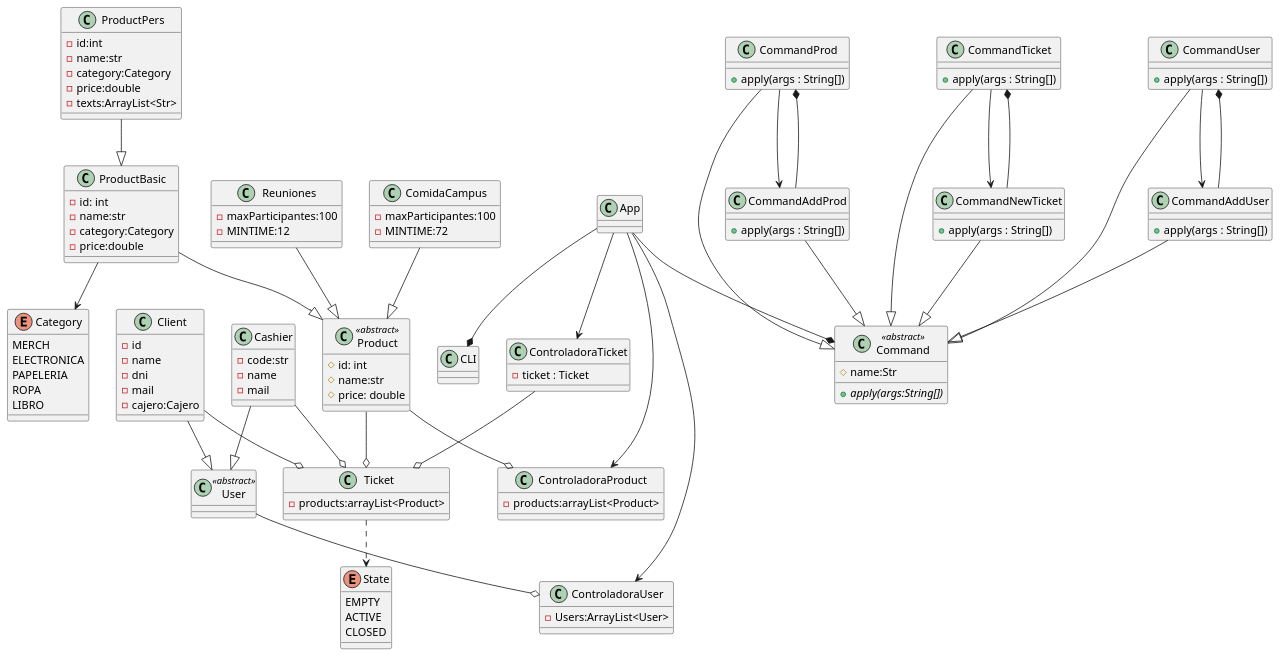
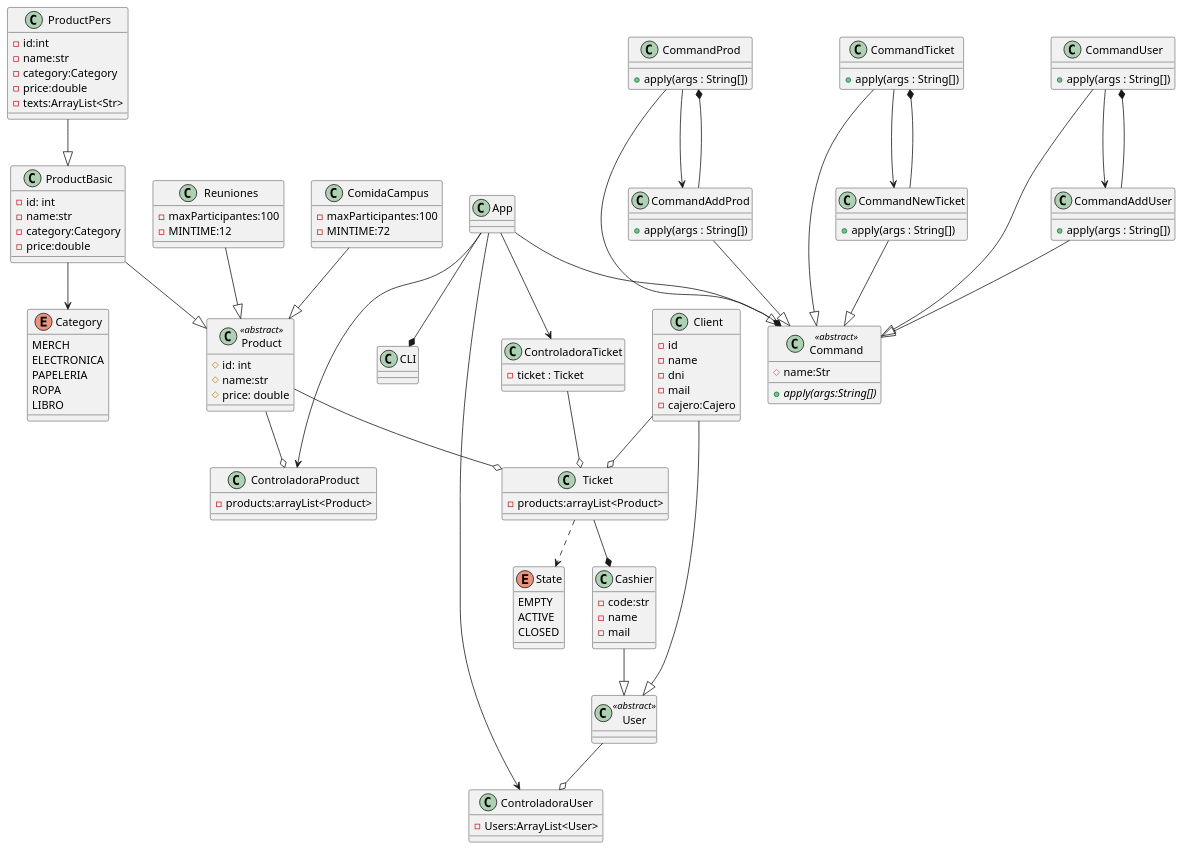
One commit to MarcosAus/tienda_upm changed the diagram in src/main/java/es/upm/etsisi/poo/tienda_upm_diagramav2.puml. Above: the diagram before and after it, drawn with PlantUML. The commit also changed 31 other files, not shown here.

Commit message:
Creadas clases Command (abstracta, Prod y Ticket), añadidas constantes de texto en Utilities y creados primeros Manager (User y Cashier)

```diff
--- a/src/main/java/es/upm/etsisi/poo/tienda_upm_diagramav2.puml
+++ b/src/main/java/es/upm/etsisi/poo/tienda_upm_diagramav2.puml
@@ -1,151 +1,151 @@
 @startuml
 Class App {}
 class CLI {}
 class Product <<abstract>> {
 #id: int
 #name:str
 #price: double
 }
 
 class ControladoraProduct {
 -products:arrayList<Product>
 }
 
 class Ticket{
 -products:arrayList<Product>
 }
 
 enum State{
 EMPTY
 ACTIVE
 CLOSED
 }
 
 Ticket ..>State
 
 class ControladoraTicket {
 -ticket : Ticket
 }
 
 Product --o ControladoraProduct
 Product --o Ticket
 ControladoraTicket --o Ticket
 
 
 
 class ProductBasic{
 
 -id: int
 -name:str
 -category:Category
 -price:double
 }
 
 enum Category {
 MERCH
 ELECTRONICA
 PAPELERIA
 ROPA
 LIBRO
 }
 ProductBasic -->Category
 ProductBasic --|> Product
 
 class ProductPers{
 
 -id:int
 -name:str
 -category:Category
 -price:double
 -texts:ArrayList<Str>
 }
 ProductPers --|> ProductBasic
 
 class ComidaCampus{
 -maxParticipantes:100
 -MINTIME:72
 }
 ComidaCampus --|> Product
 
 class Reuniones{
 -maxParticipantes:100
 -MINTIME:12
 }
 Reuniones --|> Product
 
 class ControladoraUser{
 -Users:ArrayList<User>
 }
 
 class User<<abstract>> {
 }
 User --o ControladoraUser
 class Client {
 -id
 -name
 -dni
 -mail
 -cajero:Cajero
 }
 Client --|> User
 
 
 class Cashier{
 -code:str
 -name
 -mail
 }
 Cashier --|> User
 
-Cashier --o Ticket
+Ticket --* Cashier
 Client --o Ticket
 
 
 class Command <<abstract>>{
 #name:Str
 +{abstract}apply(args:String[])
 }
 
 class CommandProd{
 + apply(args : String[])
 }
 CommandProd --|> Command
 
 class CommandAddProd{
  + apply(args : String[])
 }
 CommandAddProd --|> Command
 CommandAddProd --*CommandProd
 CommandProd --> CommandAddProd
 
 class CommandTicket{
 + apply(args : String[])
 }
 CommandTicket --|> Command
 
 class CommandNewTicket{
  + apply(args : String[])
 }
 CommandNewTicket --|> Command
 CommandNewTicket --*CommandTicket
 CommandTicket --> CommandNewTicket
 
 
 class CommandUser{
 + apply(args : String[])
 }
 CommandUser --|> Command
 
 class CommandAddUser{
  + apply(args : String[])
 }
 CommandAddUser --|> Command
 CommandAddUser --*CommandUser
 CommandUser --> CommandAddUser
 
 App --* Command
 App --* CLI
 App --> ControladoraProduct
 App --> ControladoraTicket
 App --> ControladoraUser
 @enduml
```
